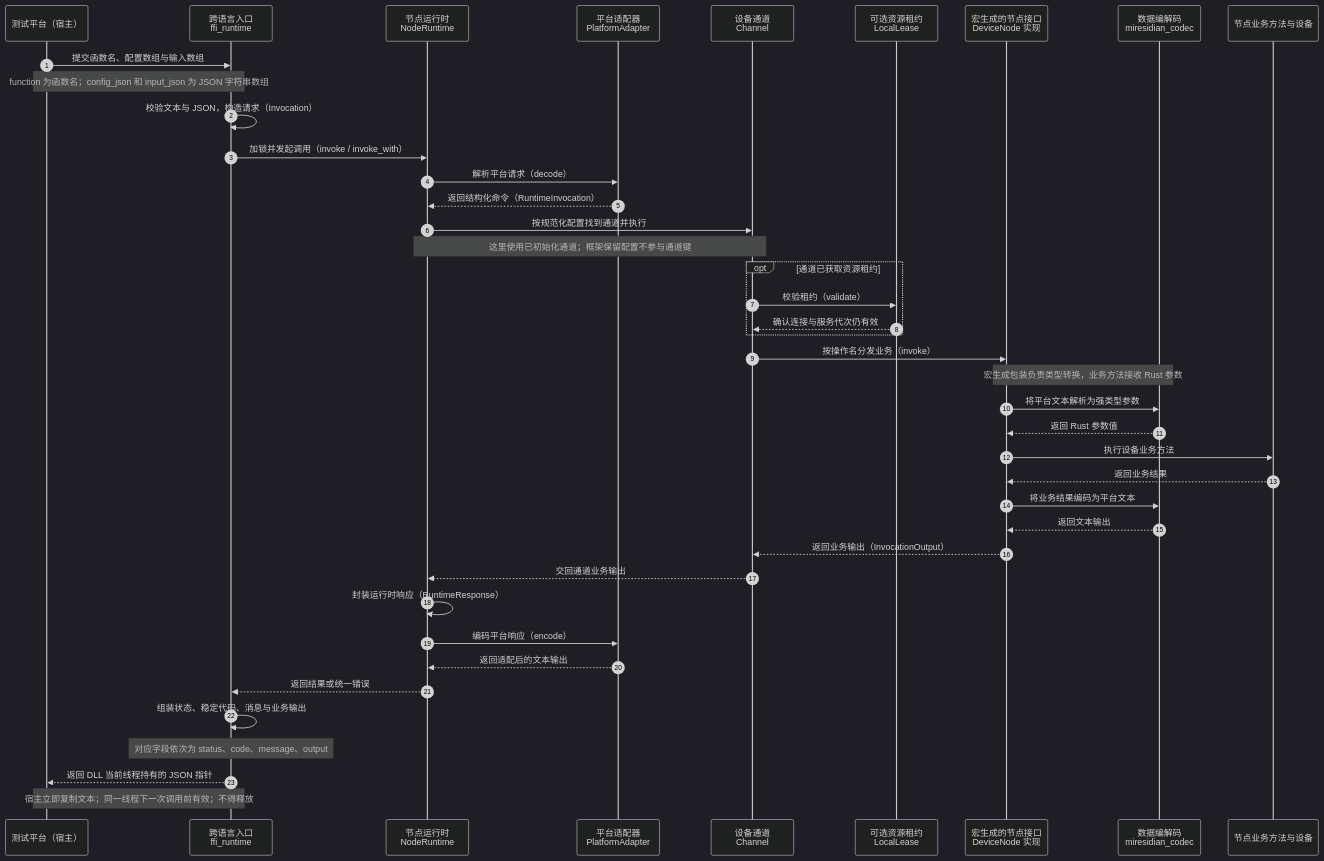
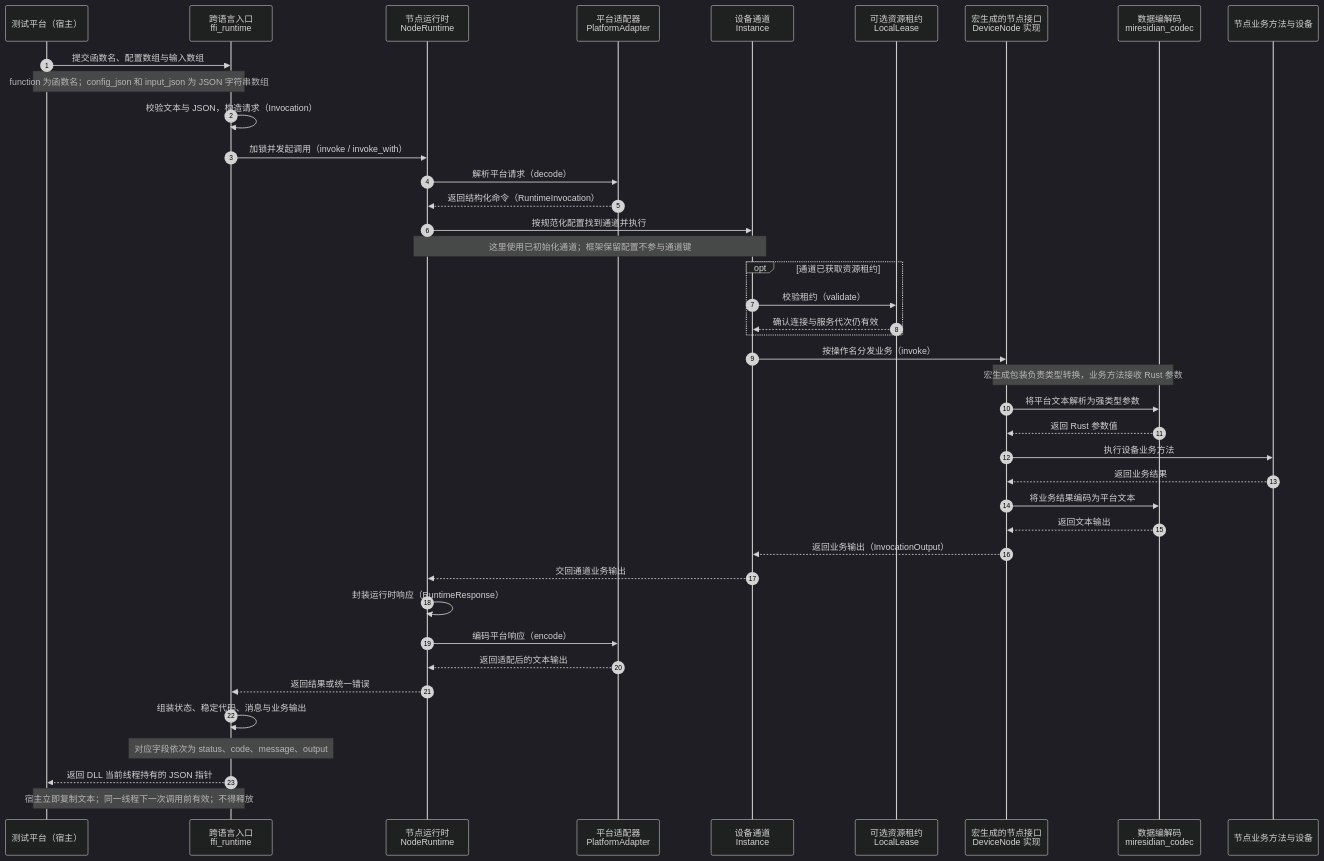
The third of 3 diagrams in docs/architecture.md (MyMires/miresidian), drawn with Mermaid (dark theme) before and after one commit. The commit also changed other lines of this file and 88 other files, not shown here.

````diff
--- a/docs/architecture.md
+++ b/docs/architecture.md
@@ -158,43 +164,43 @@
 ```mermaid
 sequenceDiagram
     autonumber
     participant Host as 测试平台（宿主）
     participant FFI as 跨语言入口<br/>ffi_runtime
     participant Runtime as 节点运行时<br/>NodeRuntime
     participant Adapter as 平台适配器<br/>PlatformAdapter
-    participant Channel as 设备通道<br/>Channel
+    participant Instance as 设备通道<br/>Instance
     participant Lease as 可选资源租约<br/>LocalLease
     participant Node as 宏生成的节点接口<br/>DeviceNode 实现
     participant Codec as 数据编解码<br/>miresidian_codec
     participant Device as 节点业务方法与设备
     Host->>FFI: 提交函数名、配置数组与输入数组
     Note over Host,FFI: function 为函数名；config_json 和 input_json 为 JSON 字符串数组
     FFI->>FFI: 校验文本与 JSON，构造请求（Invocation）
     FFI->>Runtime: 加锁并发起调用（invoke / invoke_with）
     Runtime->>Adapter: 解析平台请求（decode）
     Adapter-->>Runtime: 返回结构化命令（RuntimeInvocation）
-    Runtime->>Channel: 按规范化配置找到通道并执行
-    Note over Runtime,Channel: 这里使用已初始化通道；框架保留配置不参与通道键
+    Runtime->>Instance: 按规范化配置找到通道并执行
+    Note over Runtime,Instance: 这里使用已初始化通道；框架保留配置不参与通道键
     opt 通道已获取资源租约
-        Channel->>Lease: 校验租约（validate）
-        Lease-->>Channel: 确认连接与服务代次仍有效
+        Instance->>Lease: 校验租约（validate）
+        Lease-->>Instance: 确认连接与服务代次仍有效
     end
-    Channel->>Node: 按操作名分发业务（invoke）
+    Instance->>Node: 按操作名分发业务（invoke）
     Note over Node,Codec: 宏生成包装负责类型转换，业务方法接收 Rust 参数
     Node->>Codec: 将平台文本解析为强类型参数
     Codec-->>Node: 返回 Rust 参数值
     Node->>Device: 执行设备业务方法
     Device-->>Node: 返回业务结果
     Node->>Codec: 将业务结果编码为平台文本
     Codec-->>Node: 返回文本输出
-    Node-->>Channel: 返回业务输出（InvocationOutput）
-    Channel-->>Runtime: 交回通道业务输出
+    Node-->>Instance: 返回业务输出（InvocationOutput）
+    Instance-->>Runtime: 交回通道业务输出
     Runtime->>Runtime: 封装运行时响应（RuntimeResponse）
     Runtime->>Adapter: 编码平台响应（encode）
     Adapter-->>Runtime: 返回适配后的文本输出
     Runtime-->>FFI: 返回结果或统一错误
     FFI->>FFI: 组装状态、稳定代码、消息与业务输出
     Note over FFI: 对应字段依次为 status、code、message、output
     FFI-->>Host: 返回 DLL 当前线程持有的 JSON 指针
     Note over Host,FFI: 宿主立即复制文本；同一线程下一次调用前有效；不得释放
 ```
````
